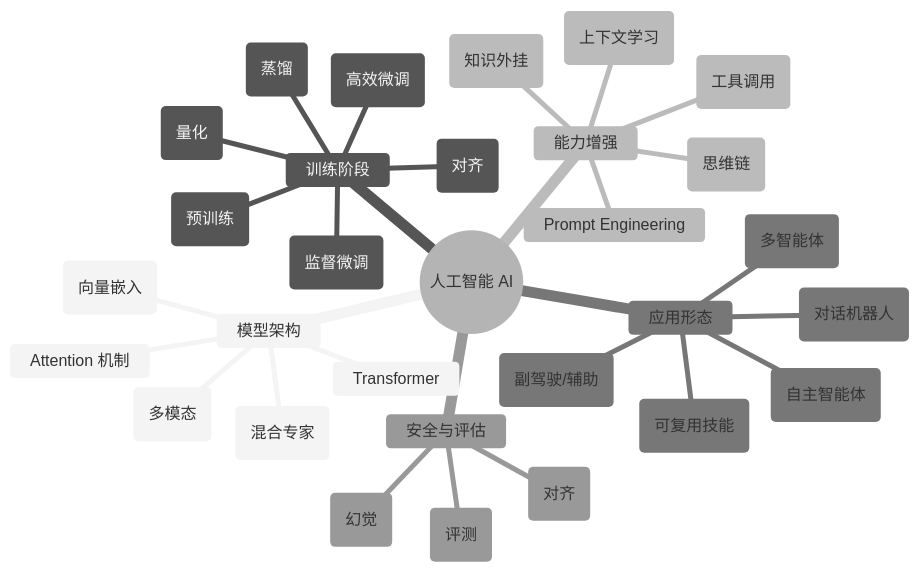
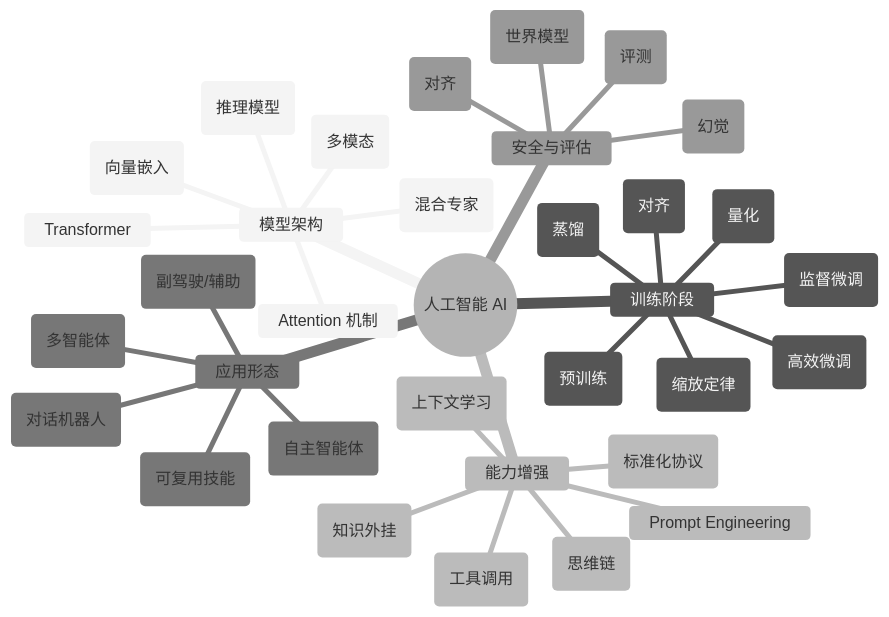
Before and after one commit to exposir/ai-talk: the fourth of 4 diagrams in notes/ai-fundamentals/concepts.md, drawn with Mermaid (neutral theme). The commit also changed other lines of this file and 2 other files, not shown here.

````diff
--- a/notes/ai-fundamentals/concepts.md
+++ b/notes/ai-fundamentals/concepts.md
@@ -351,33 +378,37 @@
 ```mermaid
 mindmap
   root((人工智能 AI))
     模型架构
       Transformer
       Attention 机制
       MoE (混合专家)
       Embedding (向量嵌入)
       Multimodal (多模态)
+      Reasoning Model (推理模型)
     训练阶段
       Pre-training (预训练)
       SFT (监督微调)
       RLHF / DPO (对齐)
       LoRA (高效微调)
       Quantization (量化)
       Distillation (蒸馏)
+      Scaling Laws (缩放定律)
     能力增强
       Prompt Engineering
       ICL (上下文学习)
       CoT (思维链)
       RAG (知识外挂)
       Tool Use (工具调用)
+      MCP (标准化协议)
     应用形态
       Chatbot (对话机器人)
       Copilot (副驾驶/辅助)
       Agent (自主智能体)
       Multi-Agent (多智能体)
       Skill (可复用技能)
     安全与评估
       Alignment (对齐)
       Hallucination (幻觉)
       Benchmark (评测)
+      World Model (世界模型)
 ```
````
